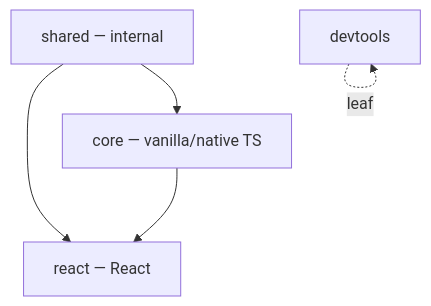
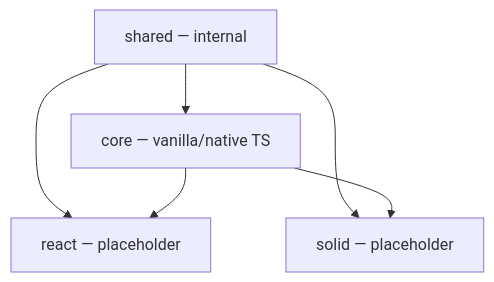
Before and after one commit to localfirstai/bettertui: the second of 6 diagrams in docs/architecture/overview.md, drawn with Mermaid. The commit also changed other lines of this file and 8 other files, not shown here.

````diff
--- a/docs/architecture/overview.md
+++ b/docs/architecture/overview.md
@@ -76,11 +74,12 @@
 ```mermaid
 graph TD
     shared[shared — internal]
     core[core — vanilla/native TS]
-    react[react — React]
-    devtools[devtools]
+    react[react — placeholder]
+    solid[solid — placeholder]
     shared --> core
     shared --> react
+    shared --> solid
     core --> react
-    devtools -.leaf.-> devtools
+    core --> solid
 ```
````
